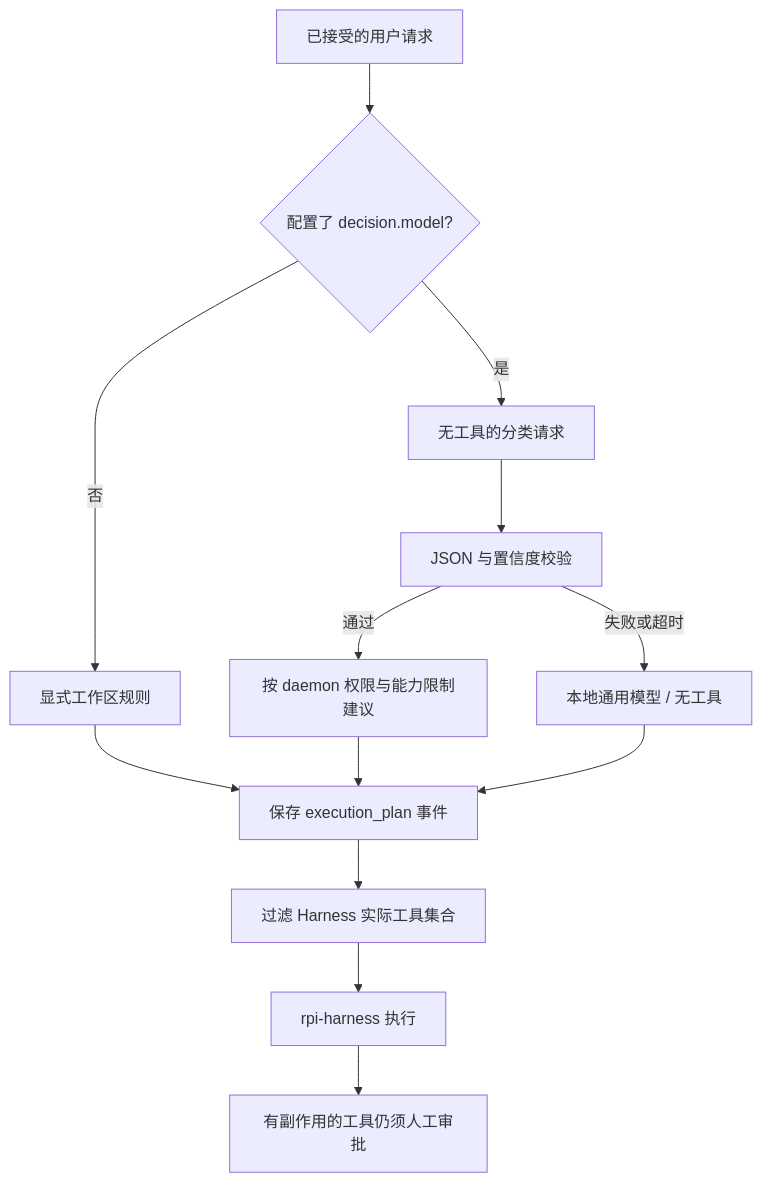
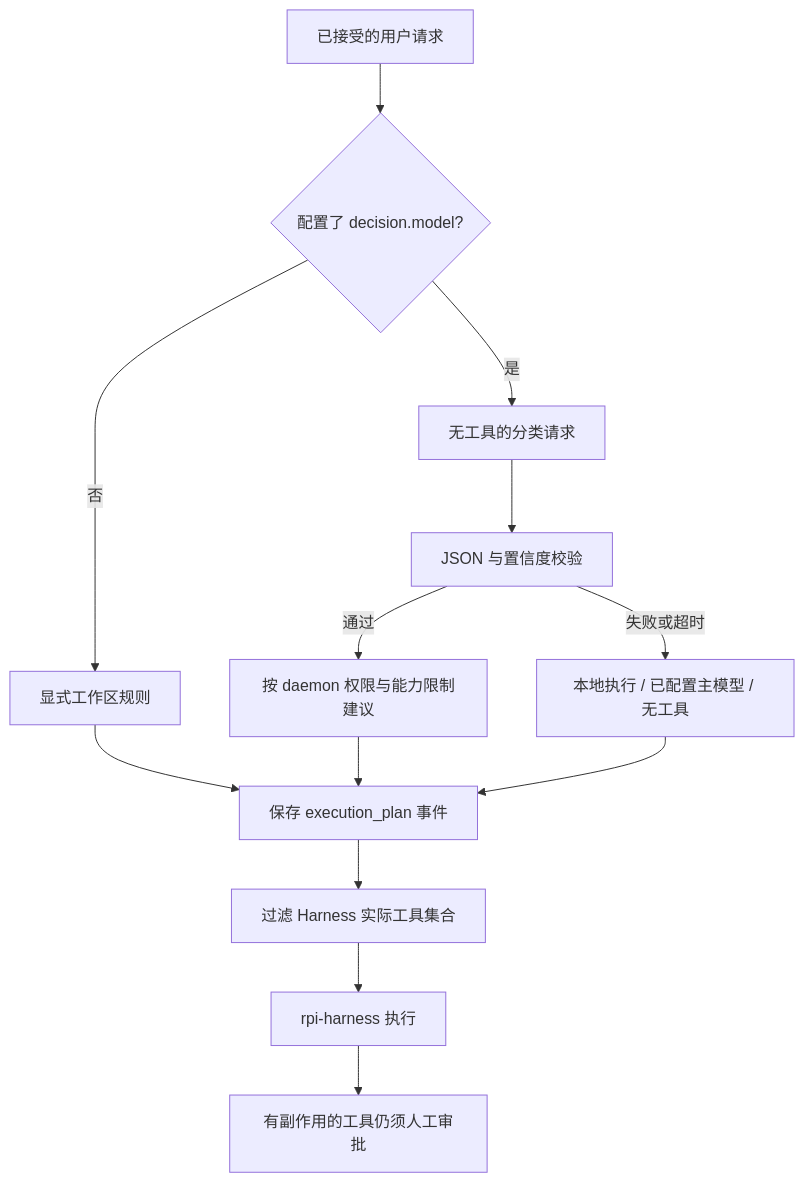
The diagram in docs/zh/src/models.md (lyonbrown4d/lyonbrown), drawn with Mermaid before and after one commit. The commit also changed other lines of this file and 33 other files, not shown here.

````diff
--- a/docs/zh/src/models.md
+++ b/docs/zh/src/models.md
@@ -11,15 +13,15 @@
 ```mermaid
 flowchart TB
     Input[已接受的用户请求] --> Select{配置了 decision.model?}
     Select -->|否| Rule[显式工作区规则]
     Select -->|是| Classify[无工具的分类请求]
     Classify --> Validate[JSON 与置信度校验]
     Validate -->|通过| Clamp[按 daemon 权限与能力限制建议]
-    Validate -->|失败或超时| Fallback[本地通用模型 / 无工具]
+    Validate -->|失败或超时| Fallback[本地执行 / 已配置主模型 / 无工具]
     Rule --> Persist[保存 execution_plan 事件]
     Clamp --> Persist
     Fallback --> Persist
     Persist --> Filter[过滤 Harness 实际工具集合]
     Filter --> Run[rpi-harness 执行]
     Run --> Approval[有副作用的工具仍须人工审批]
 ```
````
